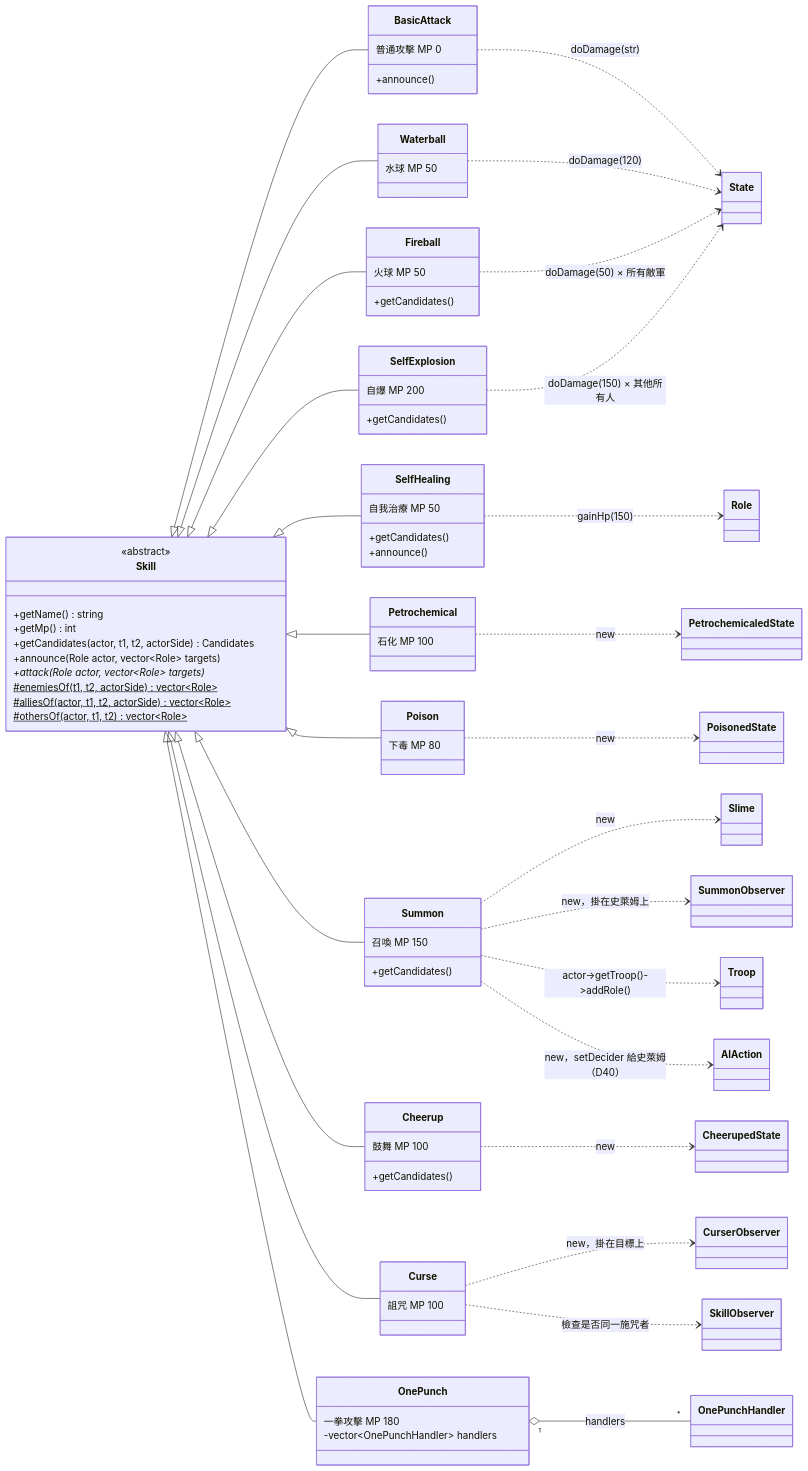
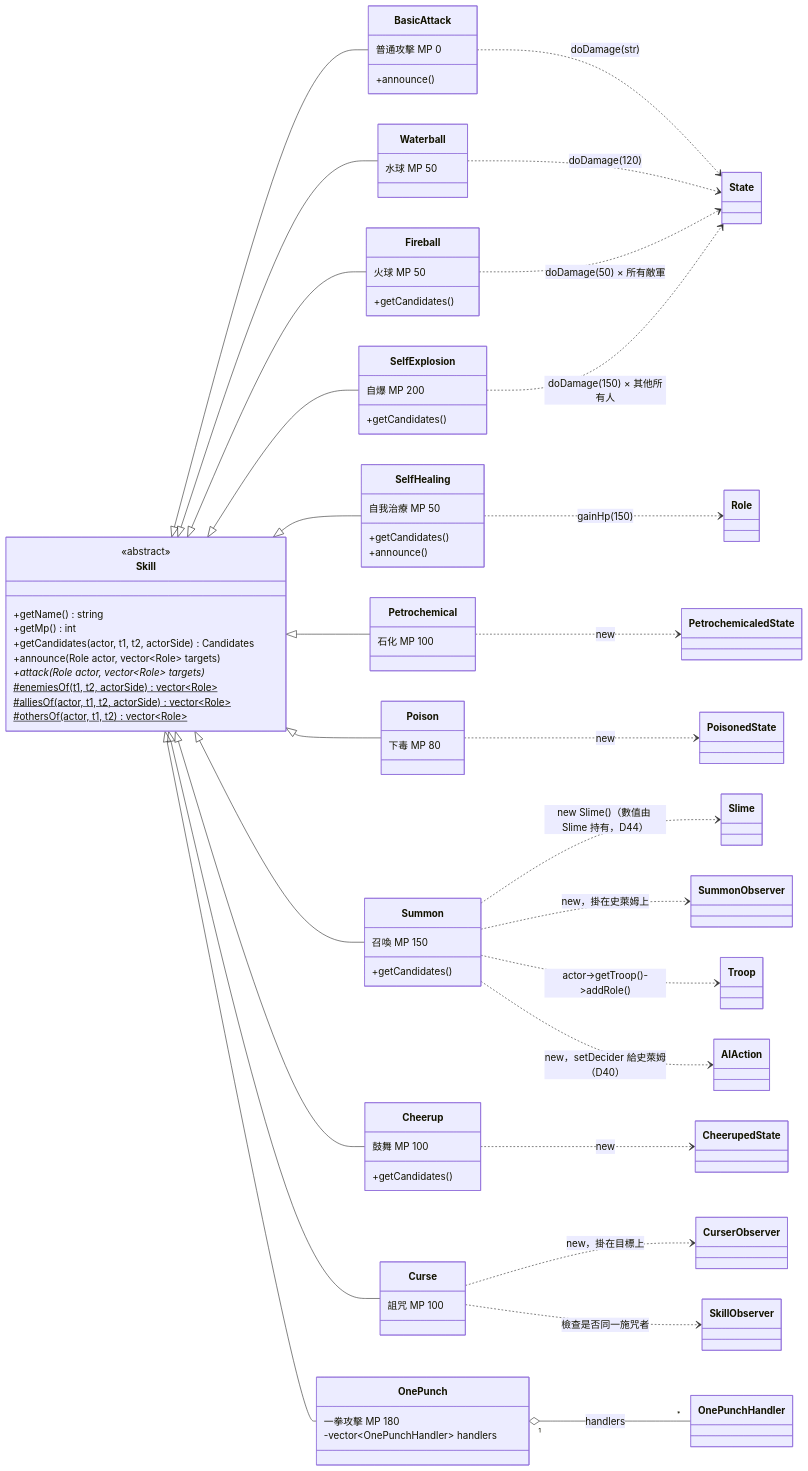
Before and after one commit to Chang-anthony/DesignPattern: the third of 14 diagrams in RPGGame/diagrams.md, drawn with Mermaid. The commit also changed other lines of this file and 3 other files, not shown here.

```diff
--- a/RPGGame/diagrams.md
+++ b/RPGGame/diagrams.md
@@ -321,7 +321,7 @@
     Petrochemical ..> PetrochemicaledState : new
     Poison ..> PoisonedState : new
     Cheerup ..> CheerupedState : new
-    Summon ..> Slime : new
+    Summon ..> Slime : new Slime()（數值由 Slime 持有，D44）
     Summon ..> SummonObserver : new，掛在史萊姆上
     Summon ..> Troop : actor->getTroop()->addRole()
     Summon ..> AIAction : new，setDecider 給史萊姆（D40）
```
